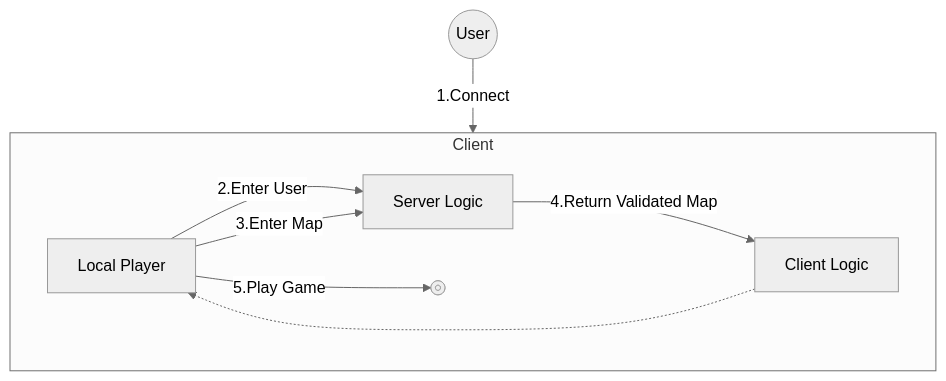
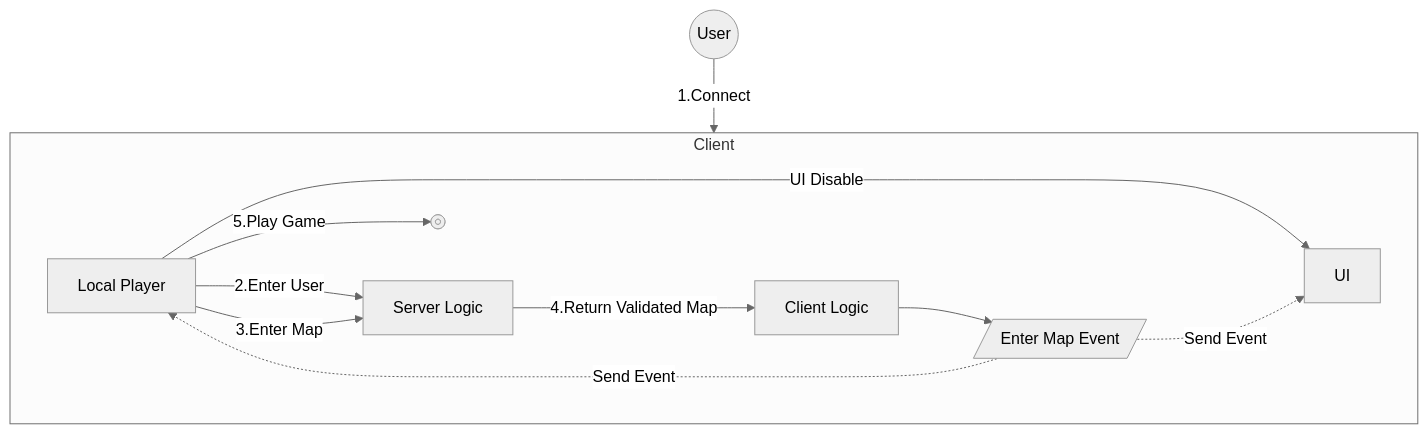
Before and after one commit to dek0058/MScannot206: the diagram in README.md, drawn with Mermaid (neutral theme). The commit also changed other lines of this file and 10 other files, not shown here.

````diff
--- a/README.md
+++ b/README.md
@@ -34,20 +35,25 @@
 ```mermaid
 graph TD
     User@{ shape: circle, label: "User"}
 
     subgraph Client_Area [Client]
         direction LR
 
         LocalPlayer@{ shape: rect, label: "Local Player"}
         ClientLogic@{ shape: rect, label: "Client Logic"}
         ServerLogic@{ shape: rect, label: "Server Logic"}
+        UI@{ shape: rect, label: "UI"}
+        EnterMapEvent[/Enter Map Event/]
         Play@{ shape: fr-circ, label: "Play"}
     end
 
     User-->|1.Connect|Client_Area
     LocalPlayer-->|2.Enter User|ServerLogic
     LocalPlayer-->|3.Enter Map|ServerLogic
+    LocalPlayer-->|UI Disable|UI
     ServerLogic-->|4.Return Validated Map|ClientLogic
-    ClientLogic-.->LocalPlayer
+    ClientLogic-->EnterMapEvent
+    EnterMapEvent-.->|Send Event|LocalPlayer
+    EnterMapEvent-.->|Send Event|UI
     LocalPlayer-->|5.Play Game|Play
 ```
````
